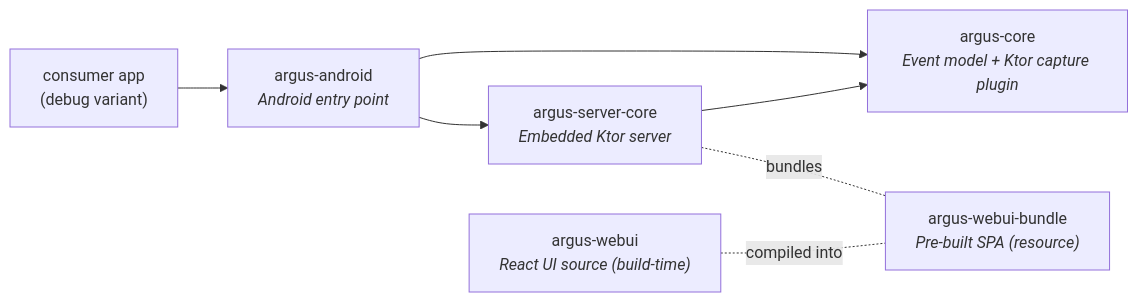
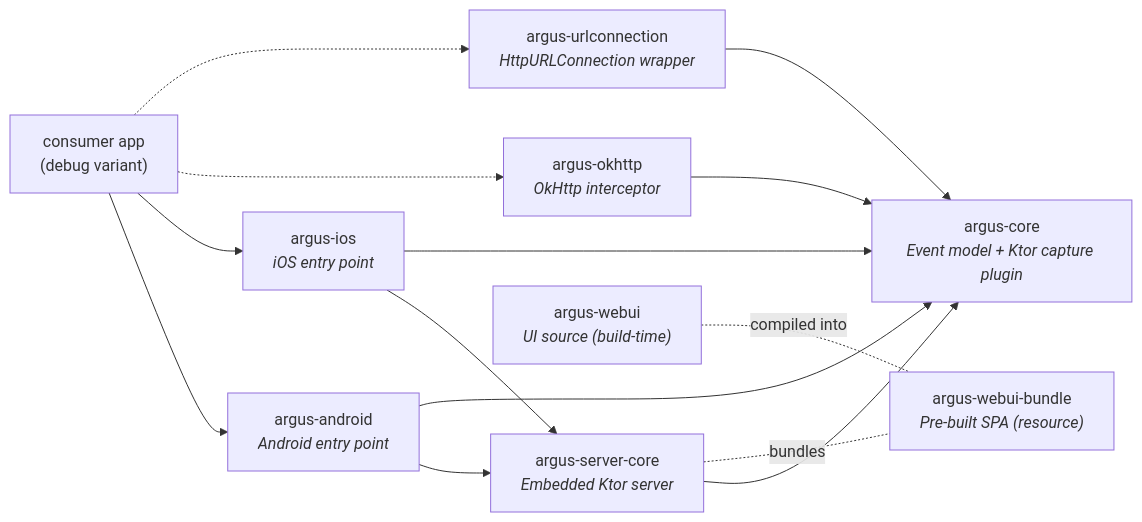
The diagram in README.md (lynxal/KMM-Argus), drawn with Mermaid before and after one commit. The commit also changed other lines of this file and 57 other files, not shown here.

````diff
--- a/README.md
+++ b/README.md
@@ -482,16 +683,26 @@
 ```mermaid
 flowchart LR
     consumer["consumer app<br/>(debug variant)"]
     android["argus-android<br/><i>Android entry point</i>"]
+    ios["argus-ios<br/><i>iOS entry point</i>"]
     server["argus-server-core<br/><i>Embedded Ktor server</i>"]
     bundle["argus-webui-bundle<br/><i>Pre-built SPA (resource)</i>"]
     core["argus-core<br/><i>Event model + Ktor capture plugin</i>"]
-    webui["argus-webui<br/><i>React UI source (build-time)</i>"]
+    okhttp["argus-okhttp<br/><i>OkHttp interceptor</i>"]
+    urlconn["argus-urlconnection<br/><i>HttpURLConnection wrapper</i>"]
+    webui["argus-webui<br/><i>UI source (build-time)</i>"]
 
     consumer --> android
+    consumer --> ios
+    consumer -.-> okhttp
+    consumer -.-> urlconn
     android --> server
+    ios --> server
     android --> core
+    ios --> core
+    okhttp --> core
+    urlconn --> core
     server --> core
     server -. bundles .- bundle
     webui -. compiled into .- bundle
 ```
````
